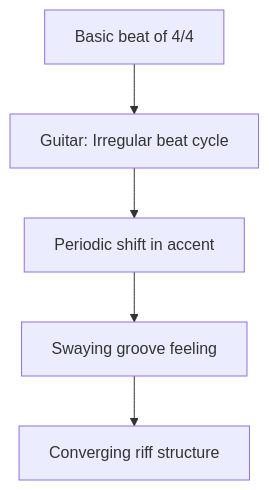
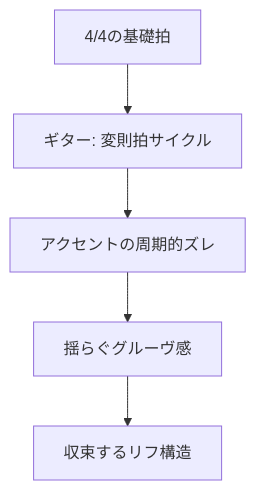
One commit to monumental-movement/monumental-movement.github.io changed the second of 3 diagrams in en/_posts/2025-12-09-column-mathcore-experimental-metal.md. Above: the diagram before and after it, drawn with Mermaid. The commit also changed other lines of this file and 2196 other files, not shown here.

```diff
--- a/en/_posts/2025-12-09-column-mathcore-experimental-metal.md
+++ b/en/_posts/2025-12-09-column-mathcore-experimental-metal.md
@@ -109,7 +108,7 @@
 <div class="mermaid">
 flowchart TD
-    A["Basic beat of 4/4"] --> B["Guitar: Irregular beat cycle"]
-    B --> C["Periodic shift in accent"]
-    C --> D["Swaying groove feeling"]
-    D --> E["Converging riff structure"]
+    A["4/4の基礎拍"] --> B["ギター: 変則拍サイクル"]
+    B --> C["アクセントの周期的ズレ"]
+    C --> D["揺らぐグルーヴ感"]
+    D --> E["収束するリフ構造"]
 </div>
```
